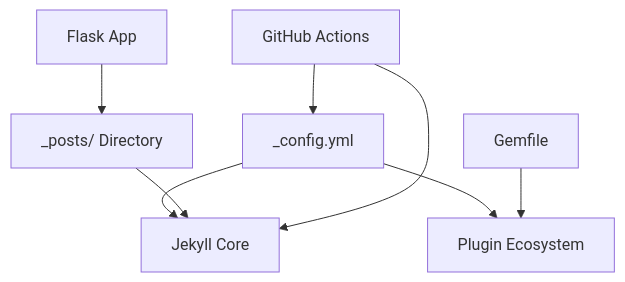
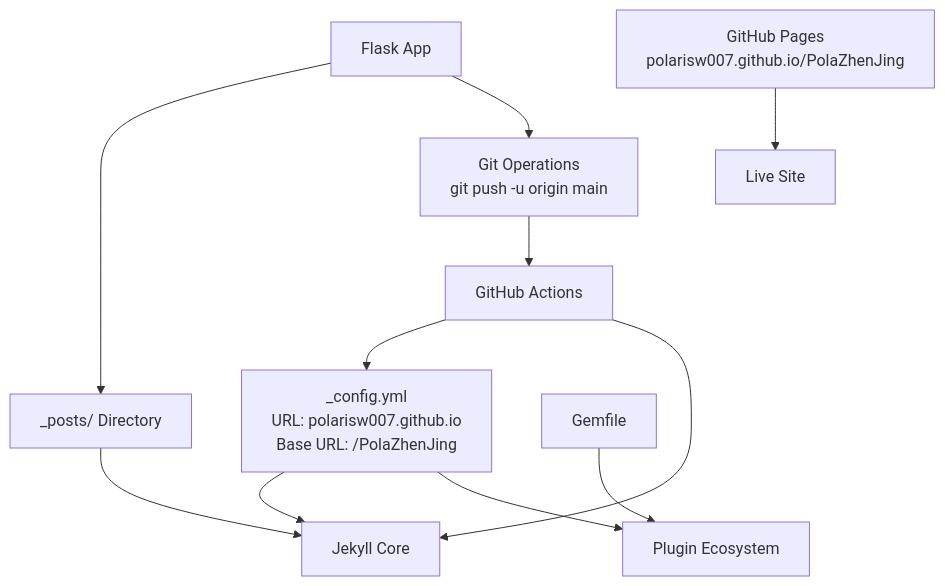
The fourth of 4 diagrams in .qoder/repowiki/en/content/Backend Application/Publishing Pipeline.md (PolarisW007/PolaZhenJing), drawn with Mermaid before and after one commit. The commit also changed other lines of this file and 1 other file, not shown here.

````diff
--- a/.qoder/repowiki/en/content/Backend Application/Publishing Pipeline.md
+++ b/.qoder/repowiki/en/content/Backend Application/Publishing Pipeline.md
@@ -211,10 +229,13 @@
 ```mermaid
 graph TB
-CFG["_config.yml"] --> JKY["Jekyll Core"]
+CFG["_config.yml<br/>URL: polarisw007.github.io<br/>Base URL: /PolaZhenJing"] --> JKY["Jekyll Core"]
 CFG --> PLG["Plugin Ecosystem"]
 FLSK["Flask App"] --> POSTS["_posts/ Directory"]
+FLSK --> GIT["Git Operations<br/>git push -u origin main"]
 POSTS --> JKY
-ACT["GitHub Actions"] --> CFG
+GIT --> ACT["GitHub Actions"]
+ACT --> CFG
 ACT --> JKY
 GEM["Gemfile"] --> PLG
+PAGES["GitHub Pages<br/>polarisw007.github.io/PolaZhenJing"] --> LIVE["Live Site"]
 ```
````
